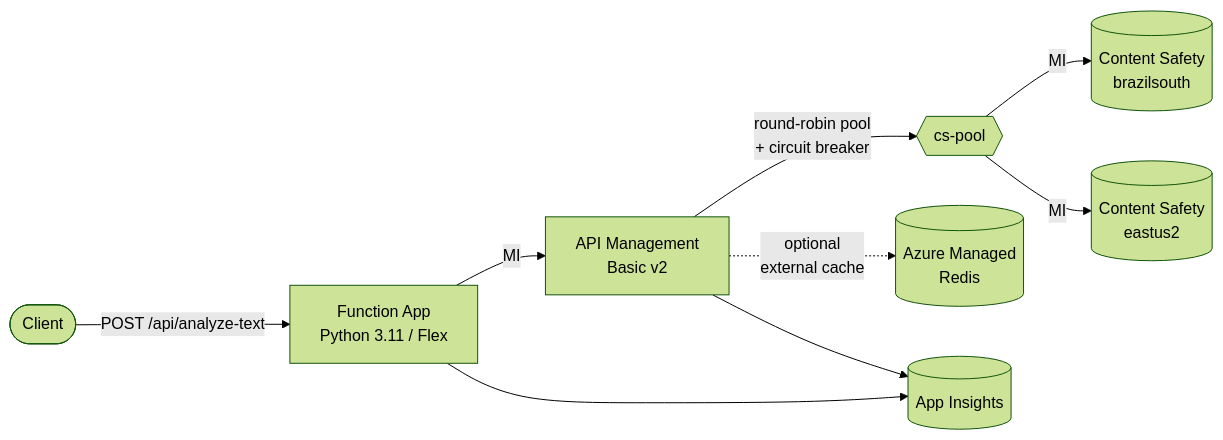
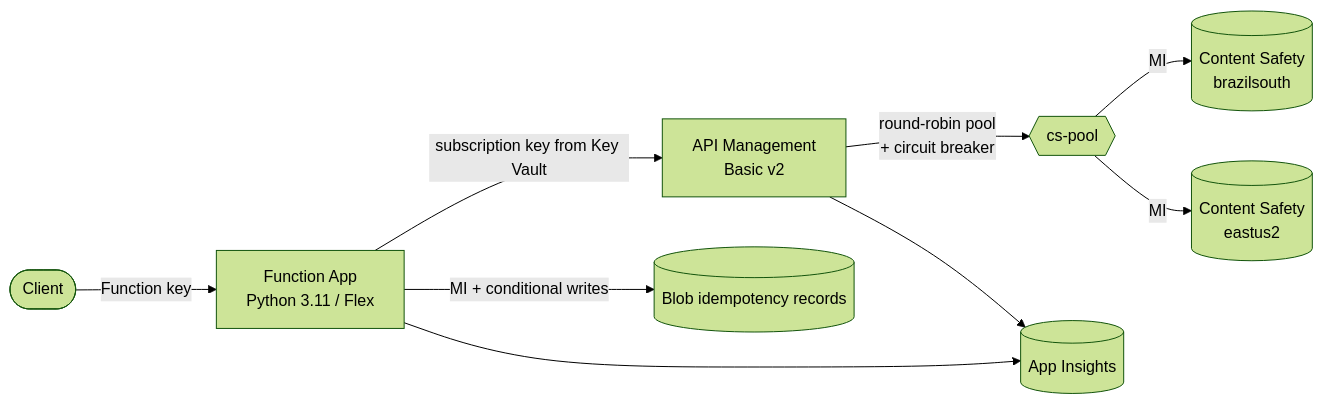
One commit to seilorjunior/apim-lb-content-safety changed the diagram in README.md. Above: the diagram before and after it, drawn with Mermaid (forest theme). The commit also changed other lines of this file and 31 other files, not shown here.

````diff
--- a/README.md
+++ b/README.md
@@ -18,11 +20,11 @@
 ```mermaid
 flowchart LR
-    Caller([Client]) -->|"POST /api/analyze-text"| Func[Function App<br/>Python 3.11 / Flex]
-    Func -->|MI| APIM[API Management<br/>Basic v2]
+    Caller([Client]) -->|"Function key"| Func[Function App<br/>Python 3.11 / Flex]
+    Func -->|"subscription key from Key Vault"| APIM[API Management<br/>Basic v2]
+    Func -->|"MI + conditional writes"| Storage[(Blob idempotency records)]
     APIM -->|round-robin pool<br/>+ circuit breaker| Pool{{cs-pool}}
     Pool -->|MI| CS1[(Content Safety<br/>brazilsouth)]
     Pool -->|MI| CS2[(Content Safety<br/>eastus2)]
-    APIM -.->|optional<br/>external cache| Redis[(Azure Managed<br/>Redis)]
     APIM --> AI[(App Insights)]
     Func --> AI
 ```
````
